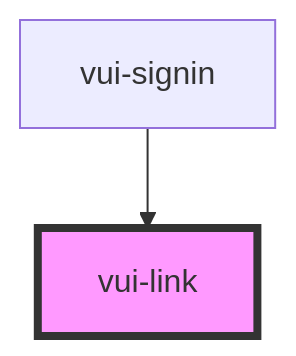
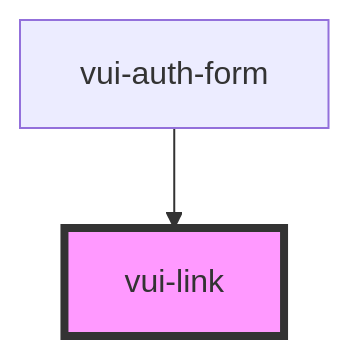
The diagram in packages/stencil-library/src/components/link/readme.md (verite-team/verite-elements), drawn with Mermaid before and after one commit. The commit also changed other lines of this file and 29 other files, not shown here.

````diff
--- a/packages/stencil-library/src/components/link/readme.md
+++ b/packages/stencil-library/src/components/link/readme.md
@@ -30,5 +30,5 @@
 ```mermaid
 graph TD;
-  vui-signin --> vui-link
+  vui-auth-form --> vui-link
   style vui-link fill:#f9f,stroke:#333,stroke-width:4px
 ```
````
